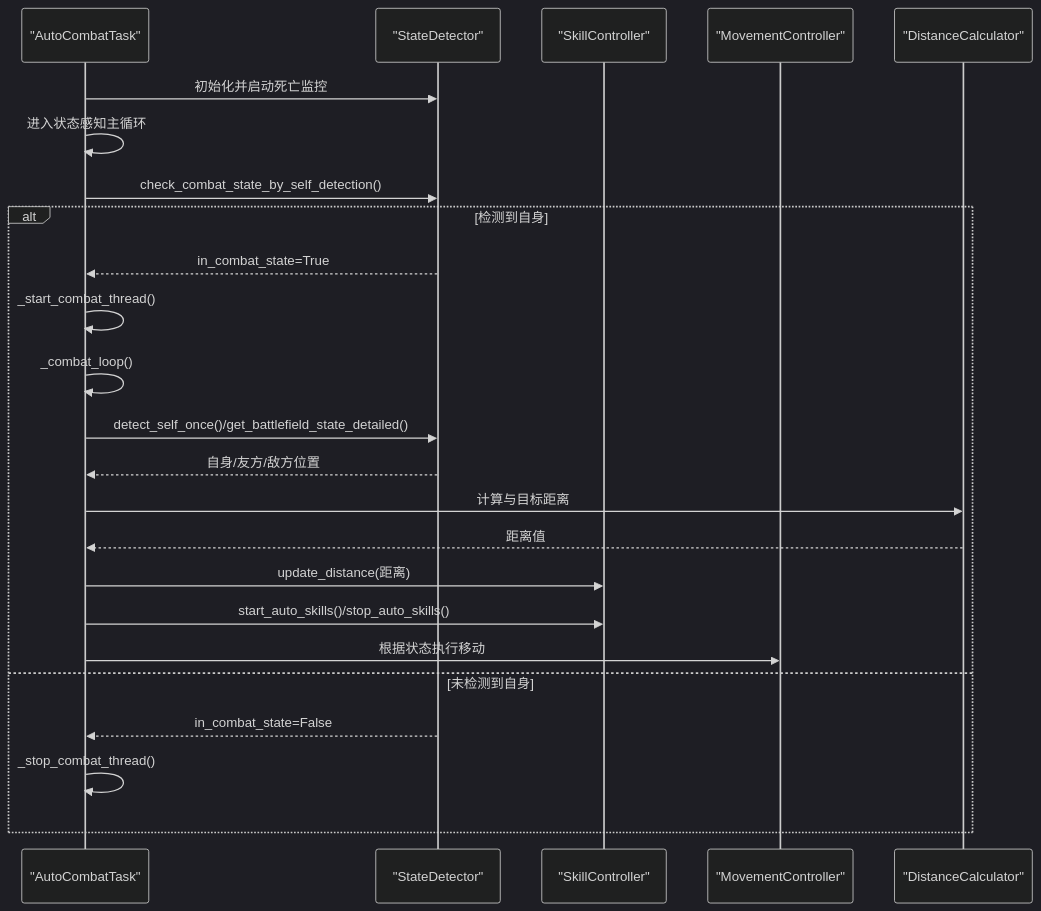
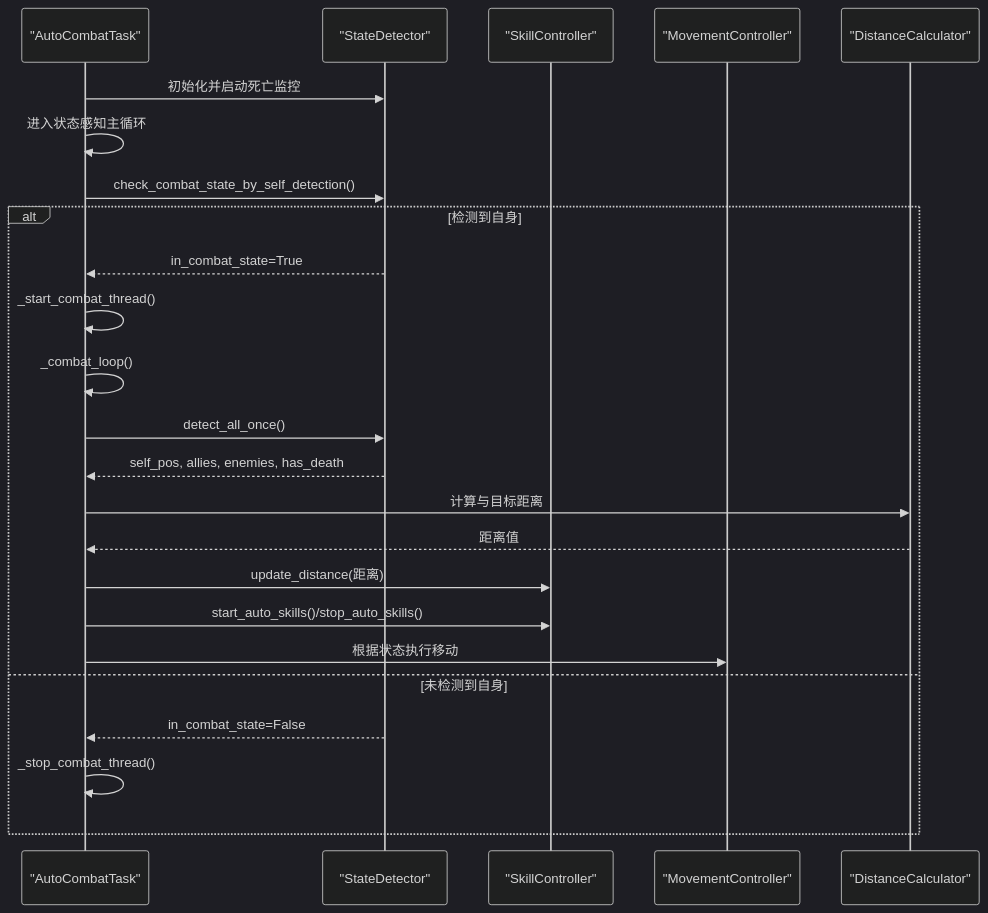
One commit to xsy098-max/ok-jump changed the second of 9 diagrams in .qoder/repowiki/zh/content/任务系统/自动战斗任务.md. Above: the diagram before and after it, drawn with Mermaid (dark theme). The commit also changed other lines of this file and 21 other files, not shown here.

````diff
--- a/.qoder/repowiki/zh/content/任务系统/自动战斗任务.md
+++ b/.qoder/repowiki/zh/content/任务系统/自动战斗任务.md
@@ -118,26 +128,26 @@
 ```mermaid
 sequenceDiagram
 participant Task as "AutoCombatTask"
 participant SD as "StateDetector"
 participant SC as "SkillController"
 participant MC as "MovementController"
 participant DC as "DistanceCalculator"
 Task->>SD : 初始化并启动死亡监控
 Task->>Task : 进入状态感知主循环
 Task->>SD : check_combat_state_by_self_detection()
 alt 检测到自身
 SD-->>Task : in_combat_state=True
 Task->>Task : _start_combat_thread()
 Task->>Task : _combat_loop()
-Task->>SD : detect_self_once()/get_battlefield_state_detailed()
-SD-->>Task : 自身/友方/敌方位置
+Task->>SD : detect_all_once()
+SD-->>Task : self_pos, allies, enemies, has_death
 Task->>DC : 计算与目标距离
 DC-->>Task : 距离值
 Task->>SC : update_distance(距离)
 Task->>SC : start_auto_skills()/stop_auto_skills()
 Task->>MC : 根据状态执行移动
 else 未检测到自身
 SD-->>Task : in_combat_state=False
 Task->>Task : _stop_combat_thread()
 end
 ```
````
